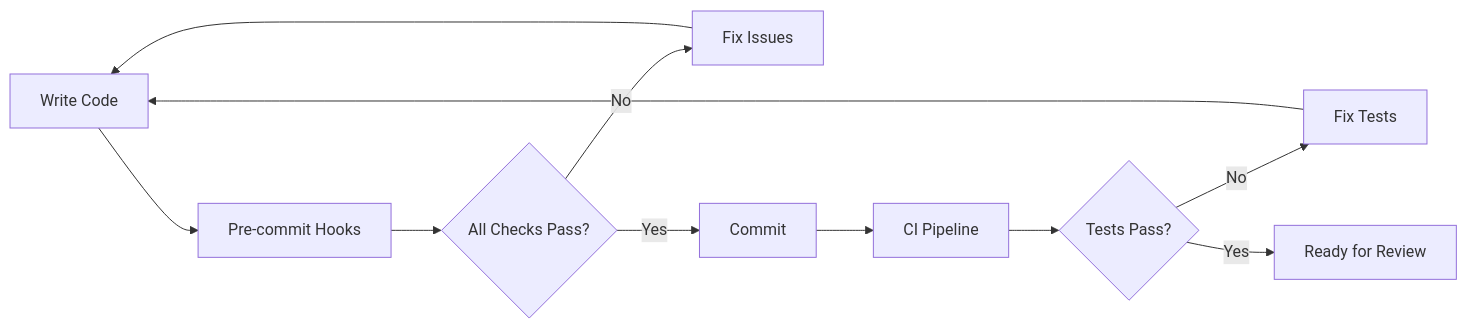
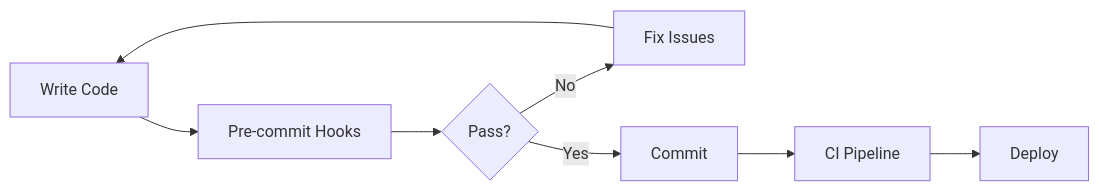
Before and after one commit to STICORP/tributum-back: the third of 3 diagrams in README.md, drawn with Mermaid. The commit also changed other lines of this file and 1 other file, not shown here.

````diff
--- a/README.md
+++ b/README.md
@@ -576,13 +298,10 @@
 ```mermaid
 graph LR
     A[Write Code] --> B[Pre-commit Hooks]
-    B --> C{All Checks Pass?}
+    B --> C{Pass?}
     C -->|No| D[Fix Issues]
     D --> A
     C -->|Yes| E[Commit]
     E --> F[CI Pipeline]
-    F --> G{Tests Pass?}
-    G -->|No| H[Fix Tests]
-    H --> A
-    G -->|Yes| I[Ready for Review]
+    F --> G[Deploy]
 ```
````
